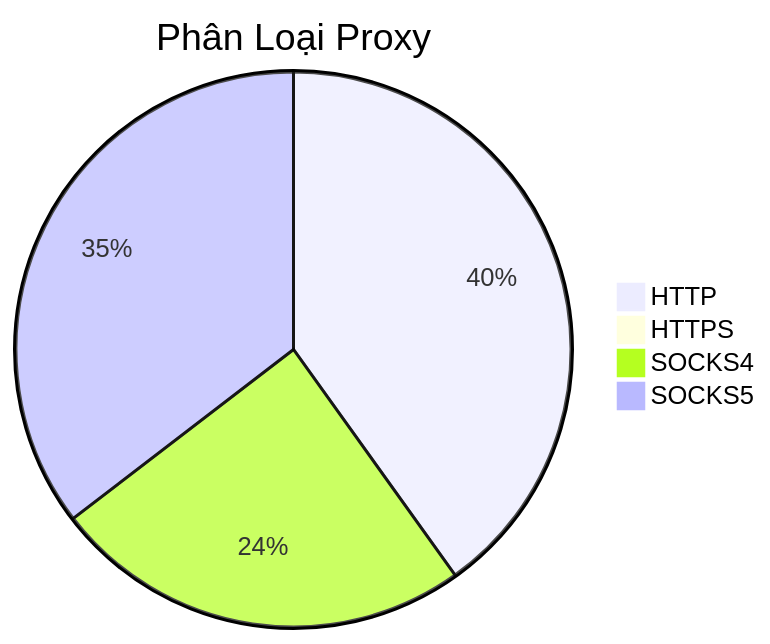
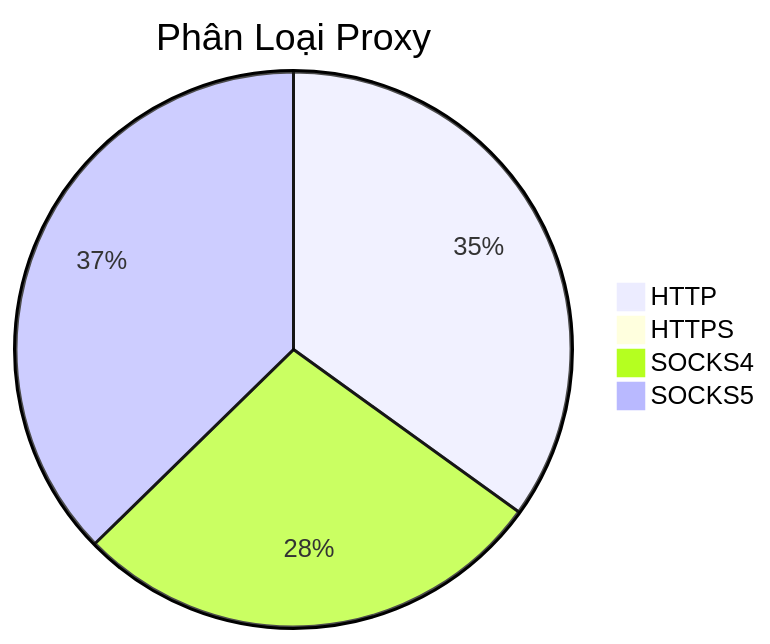
One commit to Ciara-12/PROXY-free changed the diagram in README.md. Above: the diagram before and after it, drawn with Mermaid. The commit also changed other lines of this file and 3 other files, not shown here.

````diff
--- a/README.md
+++ b/README.md
@@ -26,7 +26,7 @@
 ```mermaid
 pie title Phân Loại Proxy
-    "HTTP" : 829
+    "HTTP" : 824
     "HTTPS" : 0
-    "SOCKS4" : 506
-    "SOCKS5" : 732
+    "SOCKS4" : 654
+    "SOCKS5" : 880
 ```
````
